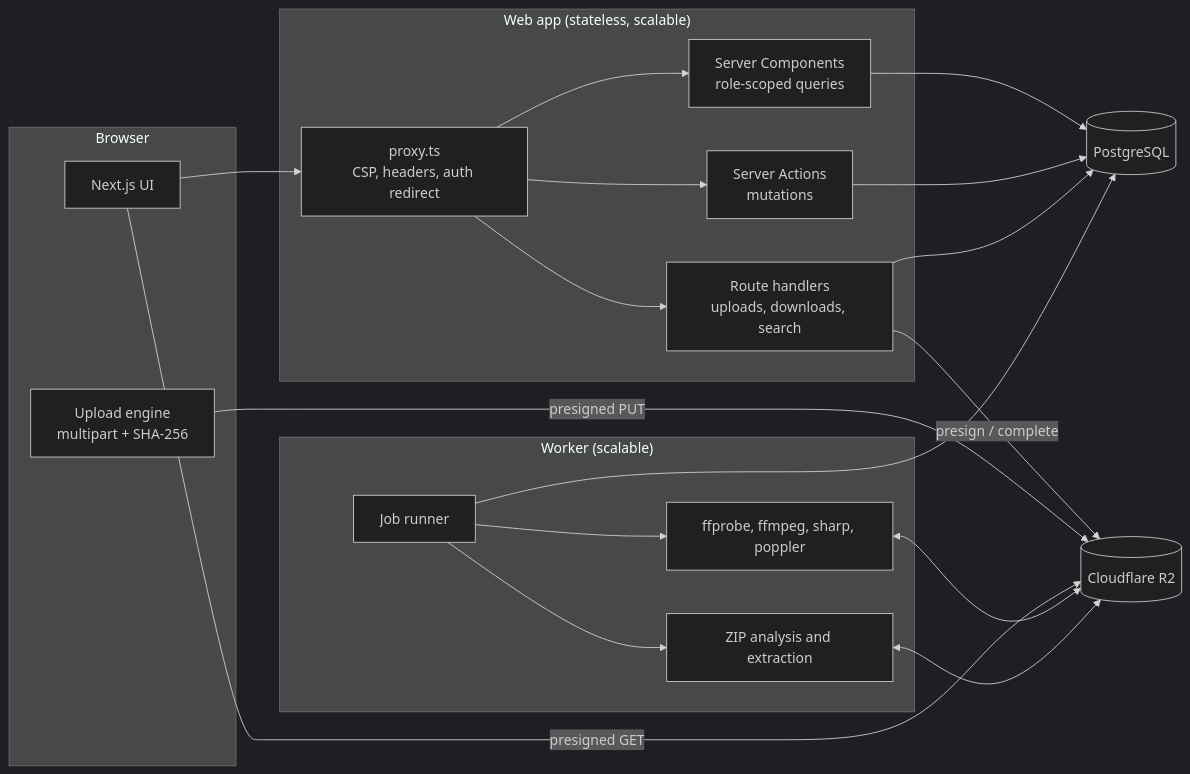
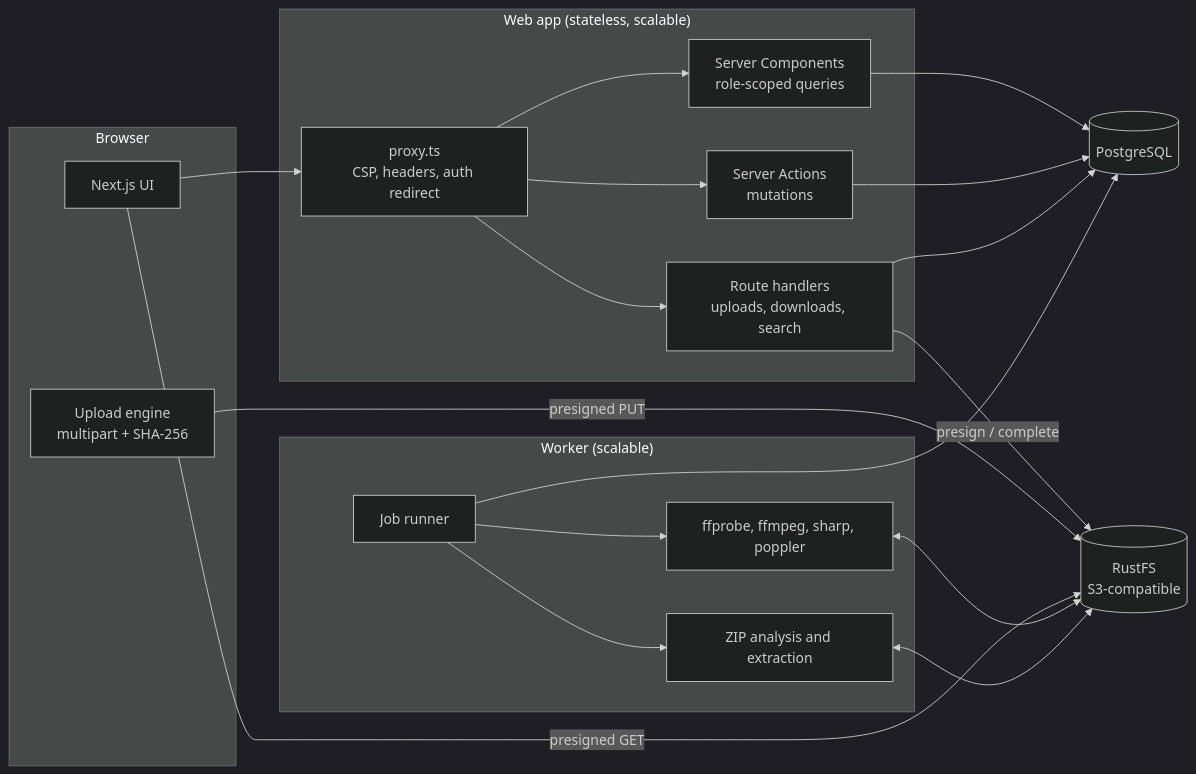
The first of 2 diagrams in docs/DOCUMENTATION.md (AbdoHerO/CDN_Creative_Platfo), drawn with Mermaid (dark theme) before and after one commit. The commit also changed other lines of this file and 102 other files, not shown here.

````diff
--- a/docs/DOCUMENTATION.md
+++ b/docs/DOCUMENTATION.md
@@ -424,28 +467,28 @@
 ```mermaid
 flowchart LR
   subgraph Browser
     UI[Next.js UI]
     UE[Upload engine<br/>multipart + SHA-256]
   end
   subgraph Web["Web app (stateless, scalable)"]
     PX[proxy.ts<br/>CSP, headers, auth redirect]
     RSC[Server Components<br/>role-scoped queries]
     SA[Server Actions<br/>mutations]
     API[Route handlers<br/>uploads, downloads, search]
   end
   subgraph Worker["Worker (scalable)"]
     Q[Job runner]
     MP[ffprobe, ffmpeg, sharp, poppler]
     ZIP[ZIP analysis and extraction]
   end
   DB[(PostgreSQL)]
-  R2[(Cloudflare R2)]
+  S3[(RustFS<br/>S3-compatible)]
   UI --> PX --> RSC & SA & API
   RSC & SA & API --> DB
-  API -- presign / complete --> R2
-  UE -- presigned PUT --> R2
-  UI -- presigned GET --> R2
+  API -- presign / complete --> S3
+  UE -- presigned PUT --> S3
+  UI -- presigned GET --> S3
   Q --> DB
   Q --> MP & ZIP
-  MP & ZIP <--> R2
+  MP & ZIP <--> S3
 ```
````
